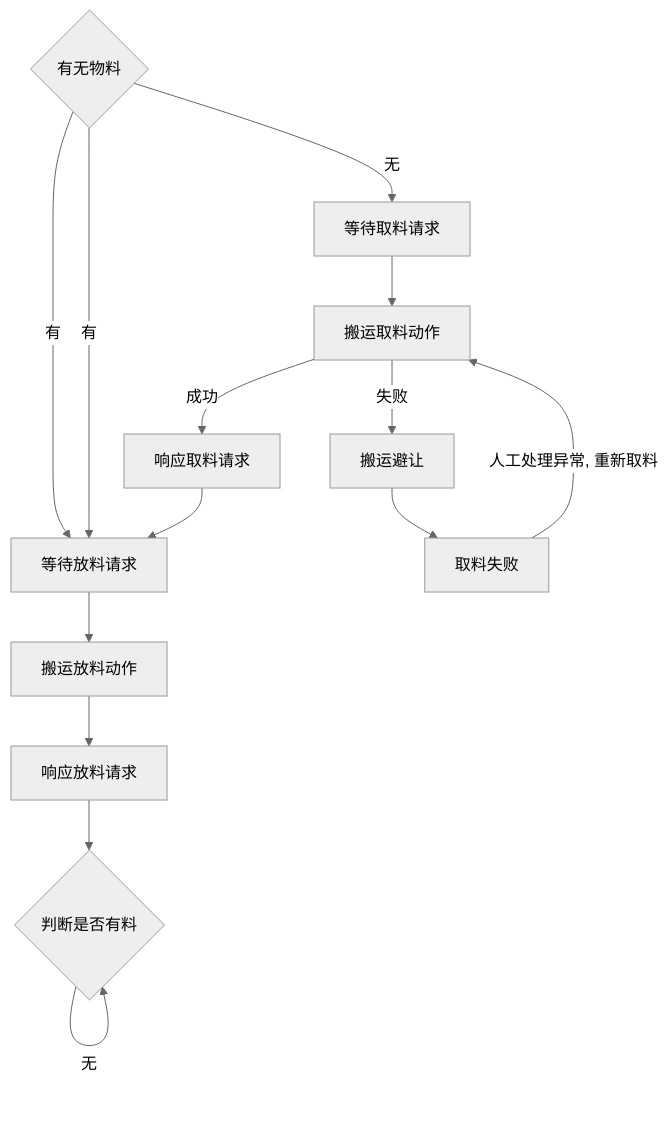
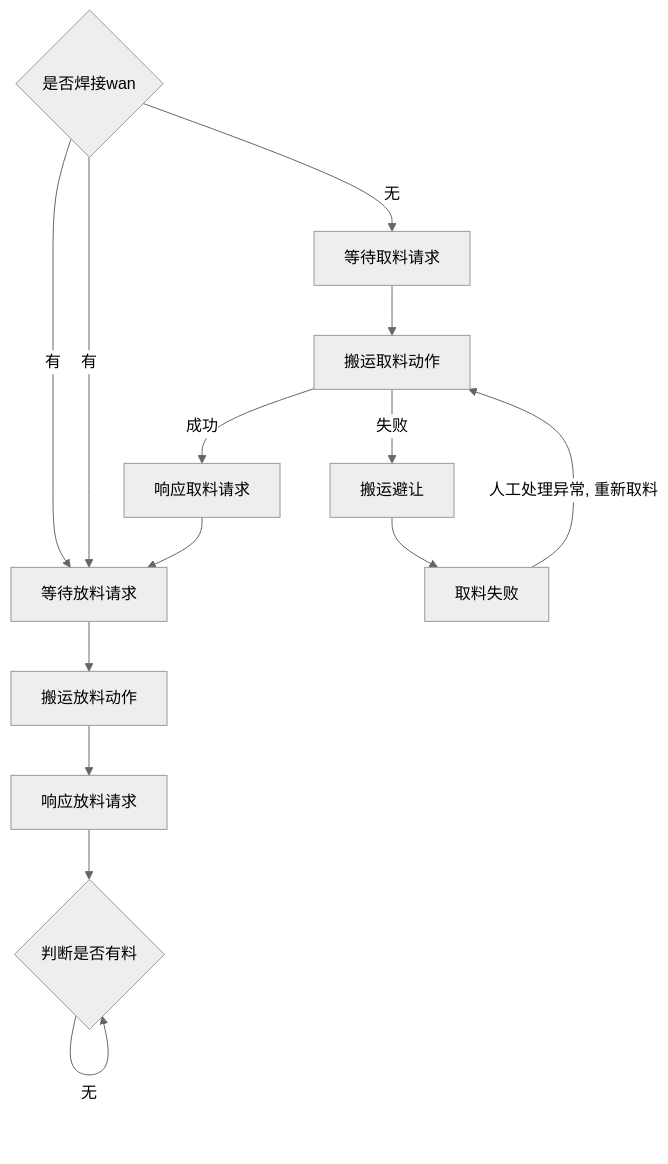
Before and after one commit to PengKun1/iodraw-files: the diagram in all/OP10 自动流程.md, drawn with Mermaid (neutral theme).

Commit message:
2024-08-02 10:54:54 update

````diff
--- a/all/OP10 自动流程.md
+++ b/all/OP10 自动流程.md
@@ -1,18 +1,18 @@
 ```mermaid
 graph TD
 10{判断是否有料}-->|无|10
 20-->|有|60
-20{有无物料}-->|无|30
+20{是否焊接wan}-->|无|30
 20-->|有|60
 30[等待取料请求]-->40
 40[搬运取料动作]-->|成功|50
 40-->|失败|90
 50[响应取料请求]-->60
 60[等待放料请求]-->70
 70[搬运放料动作]-->80
 80[响应放料请求]-->10
 
 90[搬运避让]-->900
 
 900[取料失败]-->|人工处理异常, 重新取料|40
 ```
````
